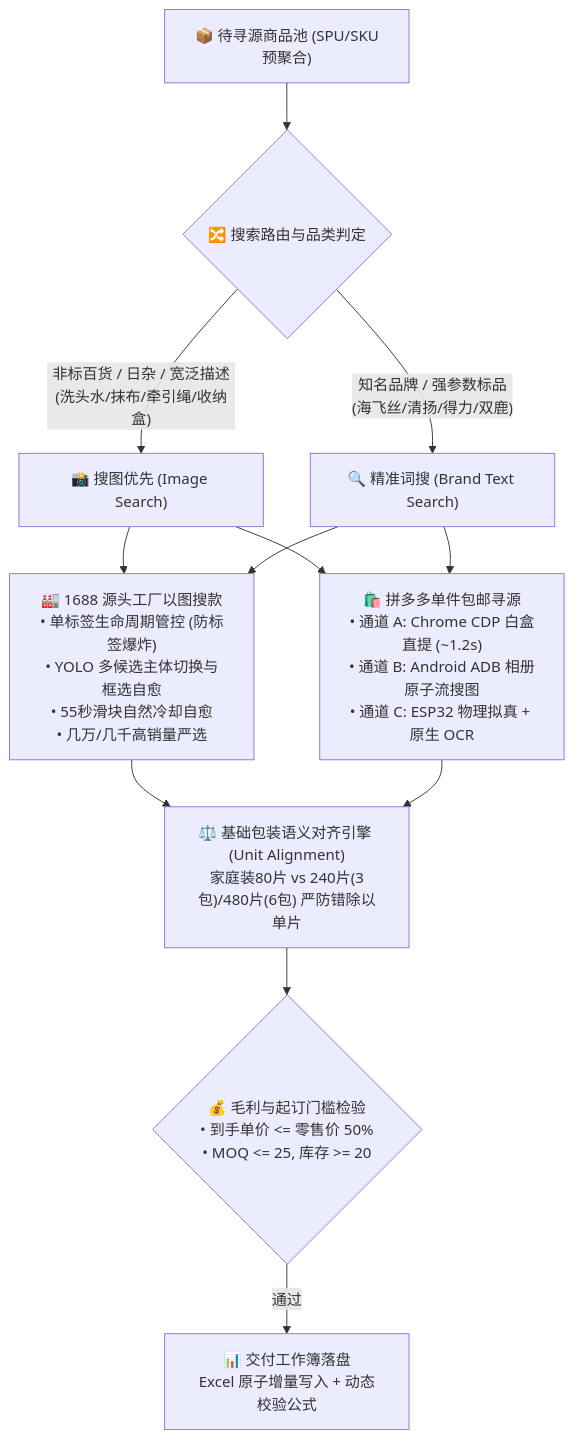
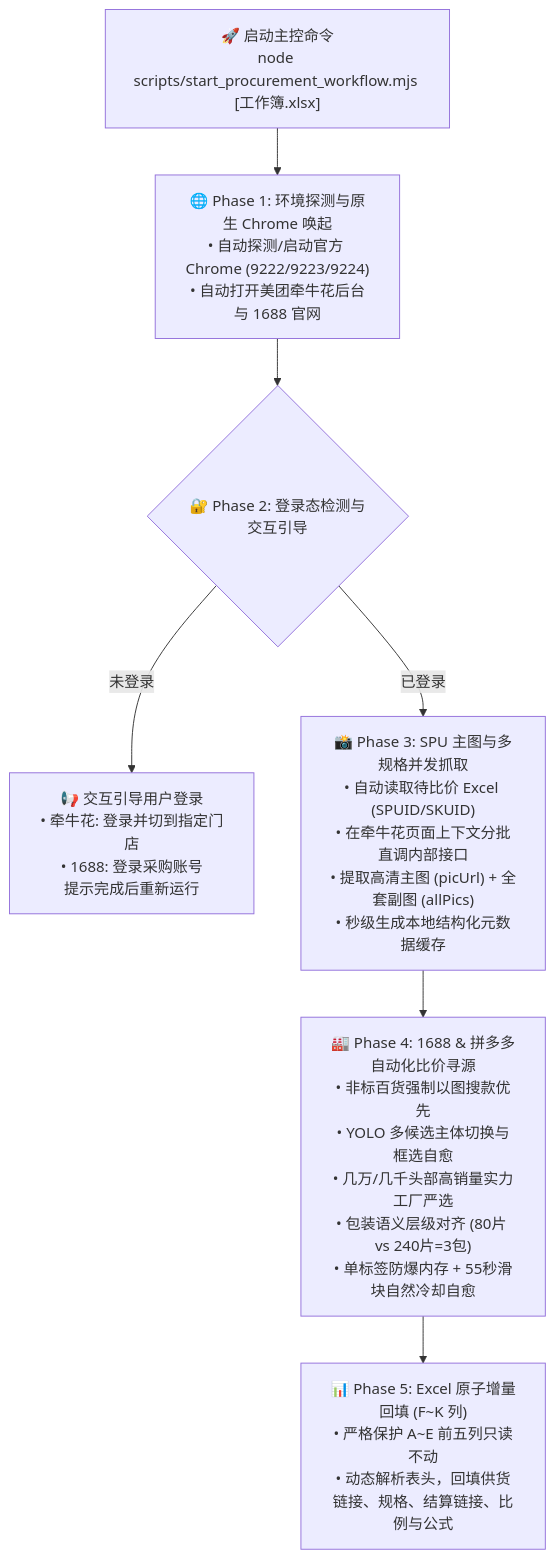
One commit to cycjianai/pddauto changed the diagram in README.md. Above: the diagram before and after it, drawn with Mermaid. The commit also changed other lines of this file and 4 other files, not shown here.

Commit message:
feat(workflow): add automated QNH SPU extractor and one-click master workflow v2.1.0

````diff
--- a/README.md
+++ b/README.md
@@ -12,20 +12,12 @@
 ```mermaid
 flowchart TD
-    Input["📦 待寻源商品池 (SPU/SKU预聚合)"] --> Router{"🔀 搜索路由与品类判定"}
+    Start["🚀 启动主控命令<br>node scripts/start_procurement_workflow.mjs [工作簿.xlsx]"] --> Phase1["🌐 Phase 1: 环境探测与原生 Chrome 唤起<br>• 自动探测/启动官方 Chrome (9222/9223/9224)<br>• 自动打开美团牵牛花后台与 1688 官网"]
 
-    Router -->|"非标百货 / 日杂 / 宽泛描述<br/>(洗头水/抹布/牵引绳/收纳盒)"| VisualSearch["📸 搜图优先 (Image Search)"]
-    Router -->|"知名品牌 / 强参数标品<br/>(海飞丝/清扬/得力/双鹿)"| TextSearch["🔍 精准词搜 (Brand Text Search)"]
+    Phase1 --> Phase2{"🔐 Phase 2: 登录态检测与交互引导"}
+    Phase2 -->|"未登录"| PromptUser["📢 交互引导用户登录<br>• 牵牛花: 登录并切到指定门店<br>• 1688: 登录采购账号<br>提示完成后重新运行"]
+    Phase2 -->|"已登录"| Phase3["📸 Phase 3: SPU 主图与多规格并发抓取<br>• 自动读取待比价 Excel (SPUID/SKUID)<br>• 在牵牛花页面上下文分批直调内部接口<br>• 提取高清主图 (picUrl) + 全套副图 (allPics)<br>• 秒级生成本地结构化元数据缓存"]
 
-    VisualSearch --> Channel1688["🏭 1688 源头工厂以图搜款<br>• 单标签生命周期管控 (防标签爆炸)<br>• YOLO 多候选主体切换与框选自愈<br>• 55秒滑块自然冷却自愈<br>• 几万/几千高销量严选"]
-    VisualSearch --> ChannelPDD["🛍️ 拼多多单件包邮寻源<br>• 通道 A: Chrome CDP 白盒直提 (~1.2s)<br>• 通道 B: Android ADB 相册原子流搜图<br>• 通道 C: ESP32 物理拟真 + 原生 OCR"]
+    Phase3 --> Phase4["🏭 Phase 4: 1688 & 拼多多自动化比价寻源<br>• 非标百货强制以图搜款优先<br>• YOLO 多候选主体切换与框选自愈<br>• 几万/几千头部高销量实力工厂严选<br>• 包装语义层级对齐 (80片 vs 240片=3包)<br>• 单标签防爆内存 + 55秒滑块自然冷却自愈"]
 
-    TextSearch --> Channel1688
-    TextSearch --> ChannelPDD
-
-    Channel1688 --> UnitEngine["⚖️ 基础包装语义对齐引擎 (Unit Alignment)<br>家庭装80片 vs 240片(3包)/480片(6包) 严防错除以单片"]
-    ChannelPDD --> UnitEngine
-
-    UnitEngine --> ProfitGate{"💰 毛利与起订门槛检验<br>• 到手单价 <= 零售价 50%<br>• MOQ <= 25, 库存 >= 20"}
-
-    ProfitGate -->|"通过"| Output["📊 交付工作簿落盘<br>Excel 原子增量写入 + 动态校验公式"]
+    Phase4 --> Phase5["📊 Phase 5: Excel 原子增量回填 (F~K 列)<br>• 严格保护 A~E 前五列只读不动<br>• 动态解析表头，回填供货链接、规格、结算链接、比例与公式"]
 ```
````
